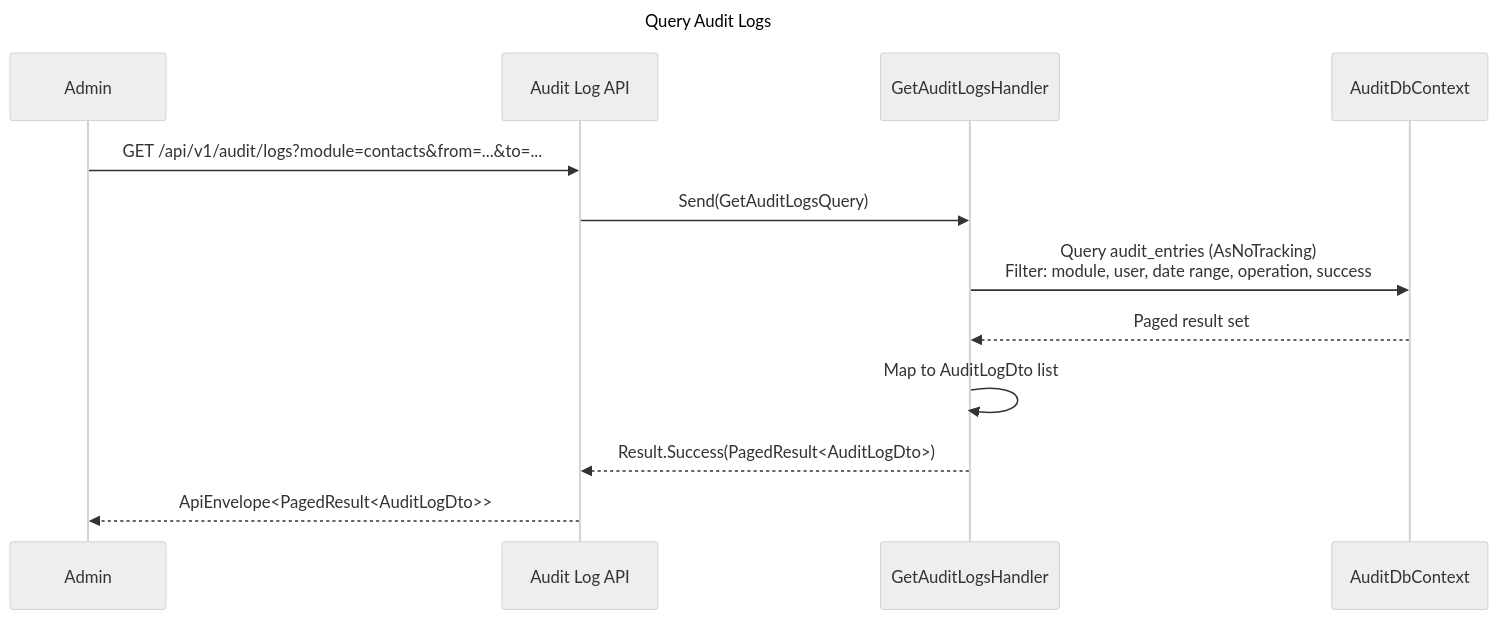
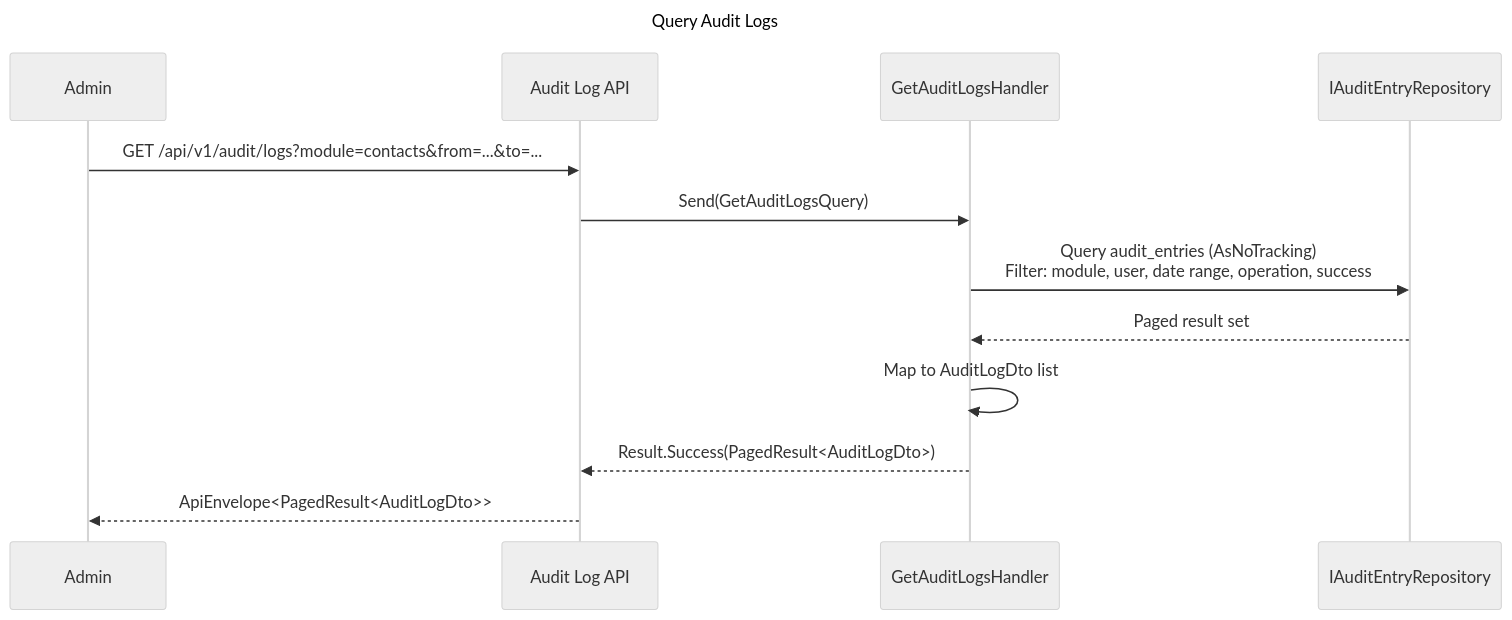
Before and after one commit to cemililik/Nexora: the fourth of 7 diagrams in docs/modules/audit/SPEC.md, drawn with Mermaid (neutral theme). The commit also changed other lines of this file and 39 other files, not shown here.

````diff
--- a/docs/modules/audit/SPEC.md
+++ b/docs/modules/audit/SPEC.md
@@ -122,18 +122,18 @@
 ```mermaid
 ---
 title: Query Audit Logs
 ---
 sequenceDiagram
     participant Admin
     participant API as Audit Log API
     participant Handler as GetAuditLogsHandler
-    participant DB as AuditDbContext
+    participant Repo as IAuditEntryRepository
 
     Admin->>API: GET /api/v1/audit/logs?module=contacts&from=...&to=...
     API->>Handler: Send(GetAuditLogsQuery)
-    Handler->>DB: Query audit_entries (AsNoTracking)<br/>Filter: module, user, date range, operation, success
-    DB-->>Handler: Paged result set
+    Handler->>Repo: Query audit_entries (AsNoTracking)<br/>Filter: module, user, date range, operation, success
+    Repo-->>Handler: Paged result set
     Handler->>Handler: Map to AuditLogDto list
     Handler-->>API: Result.Success(PagedResult<AuditLogDto>)
     API-->>Admin: ApiEnvelope<PagedResult<AuditLogDto>>
 ```
````
